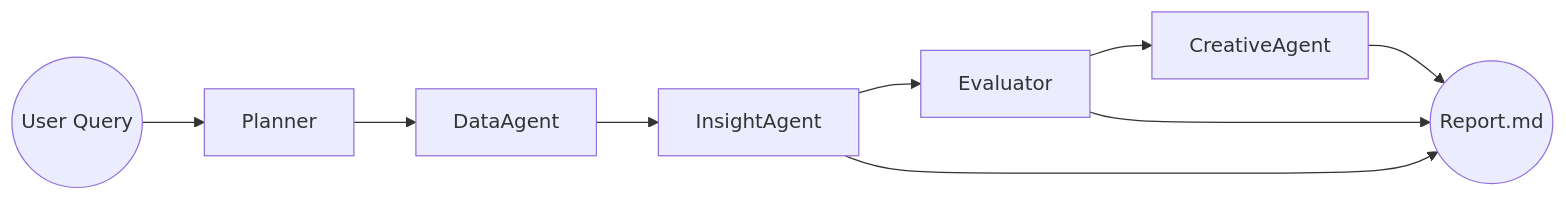
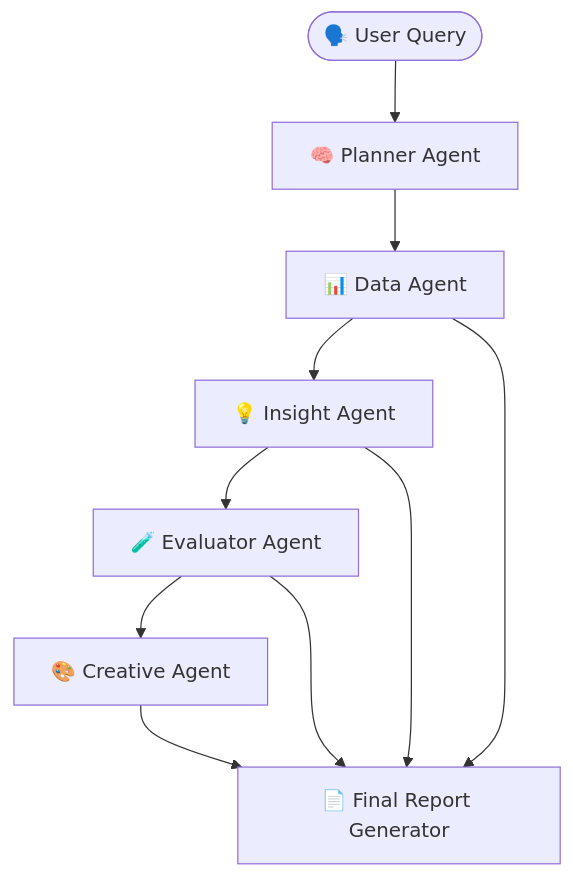
Before and after one commit to DarshniSanjaikumar/kasparro-agentic-fb-analyst-Darshni-Sanjaikumar: the diagram in agent_graph.md, drawn with Mermaid. The commit also changed other lines of this file and 55 other files, not shown here.

````diff
--- a/agent_graph.md
+++ b/agent_graph.md
@@ -20,12 +12,13 @@
 ```mermaid
-flowchart LR
-    UserQuery((User Query)) --> Planner
-    Planner --> DataAgent
-    DataAgent --> InsightAgent
-    InsightAgent --> Evaluator
-    Evaluator --> CreativeAgent
-    CreativeAgent --> ReportGenerator((Report.md))
+flowchart TD
+    UserInput(["🗣️ User Query"]) --> Planner["🧠 Planner Agent"]
+    Planner --> Data["📊 Data Agent"]
+    Data --> Insight["💡 Insight Agent"]
+    Insight --> Evaluator["🧪 Evaluator Agent"]
+    Evaluator --> Creative["🎨 Creative Agent"]
+    Creative --> FinalReport["📄 Final Report Generator"]
 
-    Evaluator --> ReportGenerator
-    InsightAgent --> ReportGenerator
+    Insight --> FinalReport
+    Evaluator --> FinalReport
+    Data --> FinalReport
 ```
````
